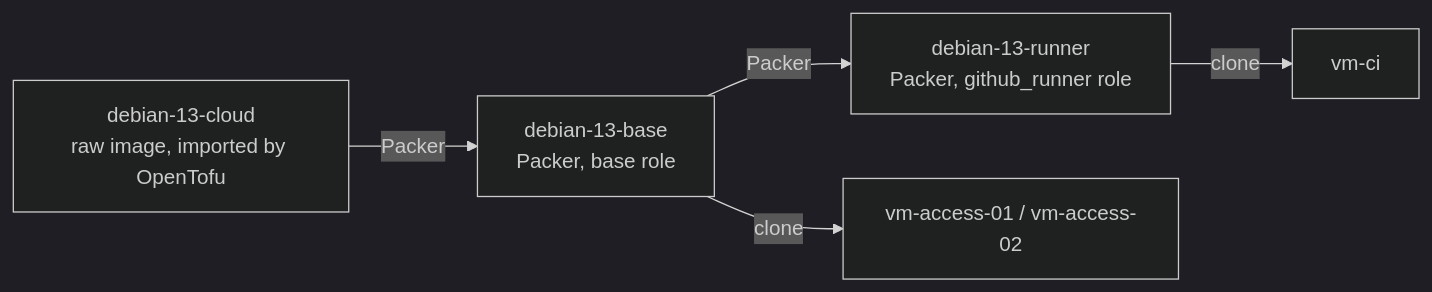
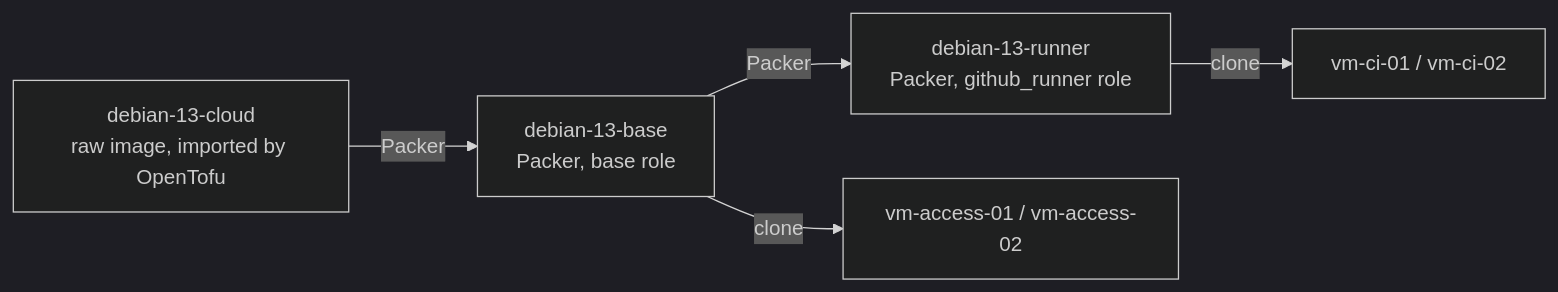
Before and after one commit to 0xc0-homelab/infrastructure: the second of 7 diagrams in docs/architecture.md, drawn with Mermaid (dark theme). The commit also changed other lines of this file and 15 other files, not shown here.

````diff
--- a/docs/architecture.md
+++ b/docs/architecture.md
@@ -84,11 +84,11 @@
 ```mermaid
 flowchart LR
   cloud["debian-13-cloud<br/>raw image, imported by OpenTofu"]
   base["debian-13-base<br/>Packer, base role"]
   runner["debian-13-runner<br/>Packer, github_runner role"]
 
   cloud -- "Packer" --> base
   base -- "Packer" --> runner
   base -- "clone" --> vmaccess["vm-access-01 / vm-access-02"]
-  runner -- "clone" --> vmci["vm-ci"]
+  runner -- "clone" --> vmci["vm-ci-01 / vm-ci-02"]
 ```
````
